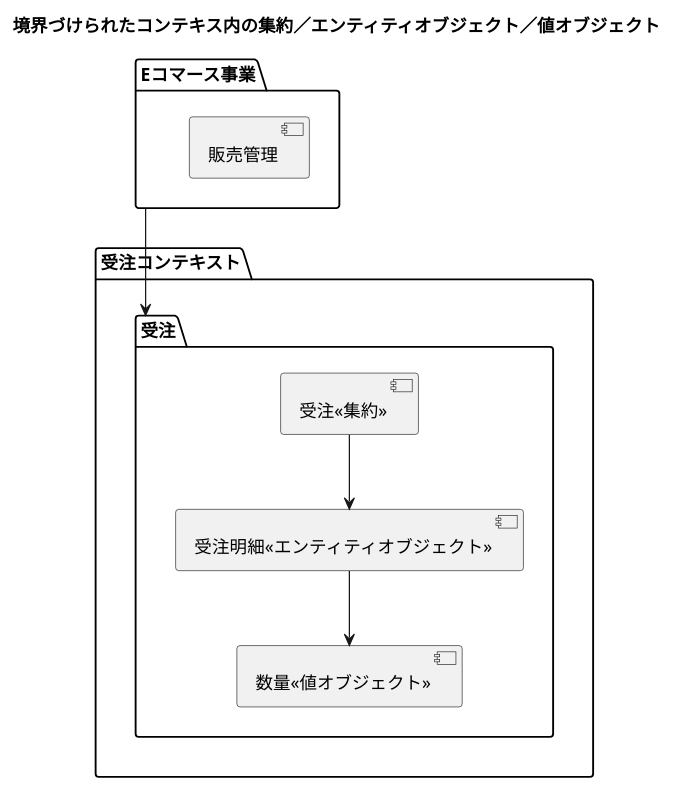
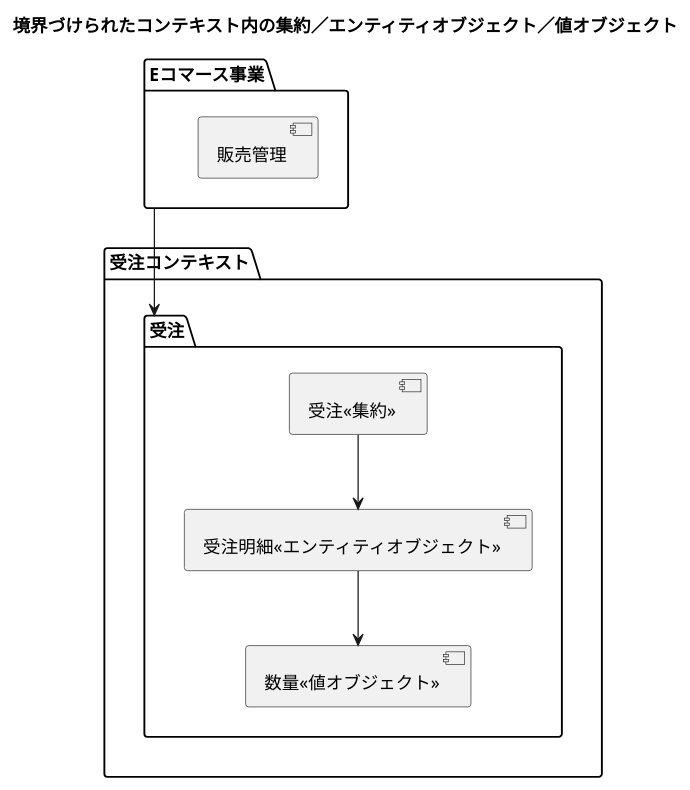
Before and after one commit to k2works/zen-docs: the diagram in puml/c2fbee1b884f10/diagram-06.puml, drawn with PlantUML. The commit also changed 11 other files, not shown here.

First line of the commit message:
fix: CRLF の Markdown で plantuml ブロックを検出できるようにする

```diff
--- a/puml/c2fbee1b884f10/diagram-06.puml
+++ b/puml/c2fbee1b884f10/diagram-06.puml
@@ -1,20 +1,20 @@
 @startuml
-title 境界づけられたコンテキス内の集約／エンティティオブジェクト／値オブジェクト 
+title 境界づけられたコンテキスト内の集約／エンティティオブジェクト／値オブジェクト 
 
 package "Eコマース事業" {
     [販売管理] as SalesManagement
 }
 
 package 受注コンテキスト {
     package "受注" {
         [受注<<集約>>]
         [受注明細<<エンティティオブジェクト>>]
         [数量<<値オブジェクト>>]
     }
 }
 
 
 "Eコマース事業" --> "受注"
 "受注<<集約>>" --> "受注明細<<エンティティオブジェクト>>"
 "受注明細<<エンティティオブジェクト>>" --> "数量<<値オブジェクト>>"
 @enduml
```
